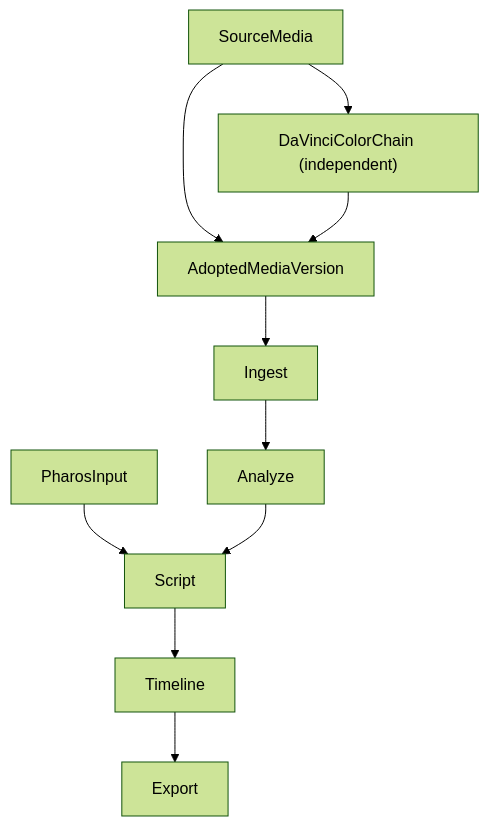
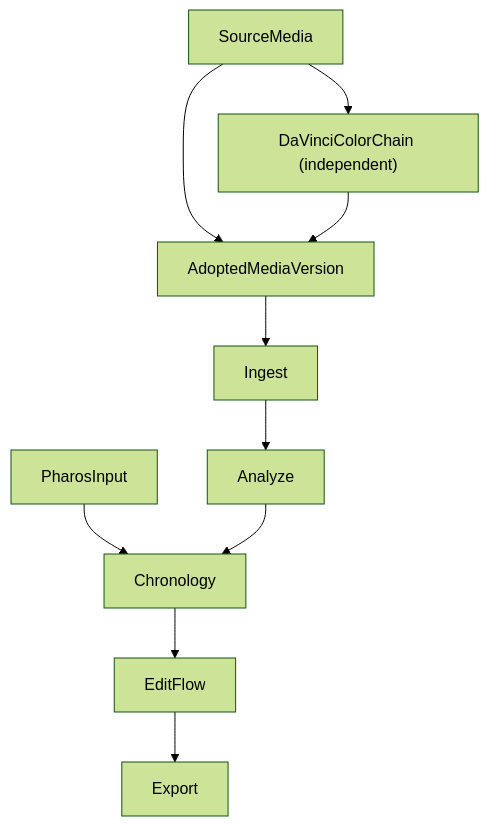
The first of 2 diagrams in designs/current-solution-summary.md (dtysky/Kairos), drawn with Mermaid (forest theme) before and after one commit. The commit also changed other lines of this file and 30 other files, not shown here.

Commit message:
Implement edit flow subagent planning

````diff
--- a/designs/current-solution-summary.md
+++ b/designs/current-solution-summary.md
@@ -244,22 +243,22 @@
 ```mermaid
 flowchart TD
   pharos[PharosInput]
   sourceMedia[SourceMedia]
   colorChain["DaVinciColorChain (independent)"]
   adoptedMedia[AdoptedMediaVersion]
   ingest[Ingest]
   analyze[Analyze]
-  script[Script]
-  timeline[Timeline]
+  chronology[Chronology]
+  editFlow[EditFlow]
   exportFlow[Export]
 
   sourceMedia --> adoptedMedia
   sourceMedia --> colorChain
   colorChain --> adoptedMedia
   adoptedMedia --> ingest
   ingest --> analyze
-  pharos --> script
-  analyze --> script
-  script --> timeline
-  timeline --> exportFlow
+  pharos --> chronology
+  analyze --> chronology
+  chronology --> editFlow
+  editFlow --> exportFlow
 ```
````
